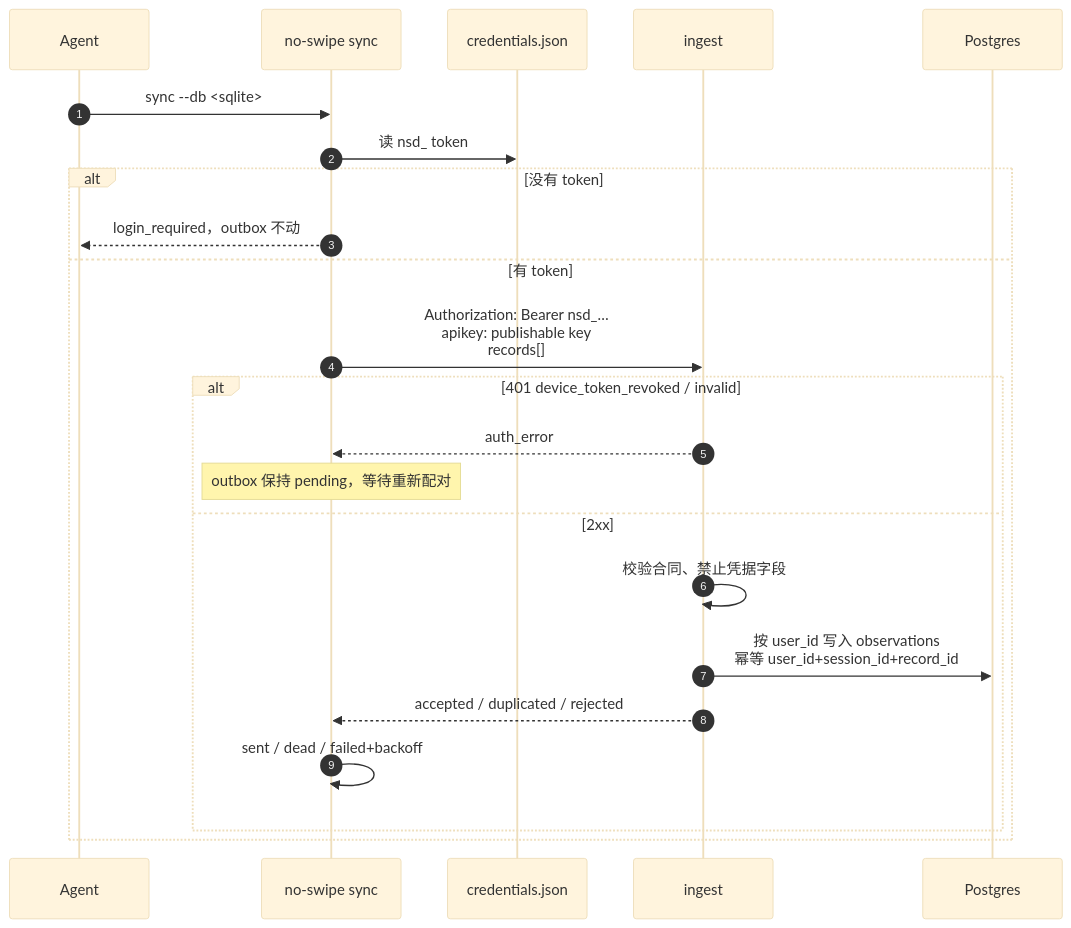
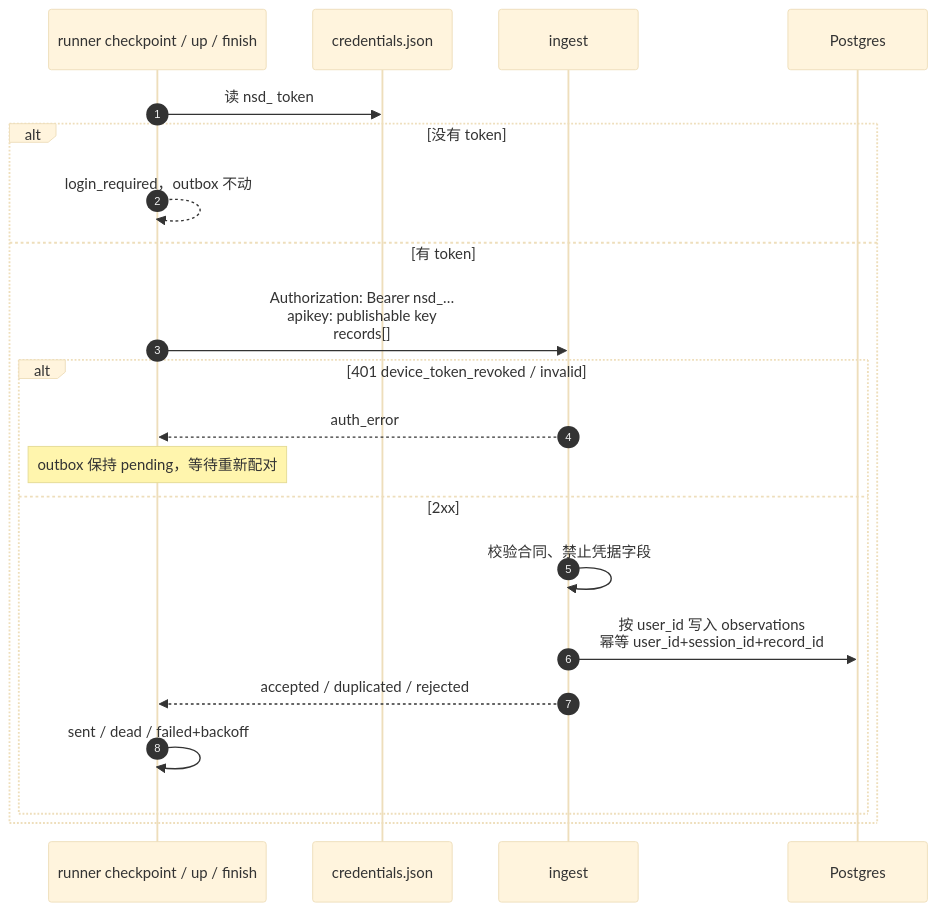
One commit to OfWind/no_swipe changed diagram 13 of 18 in docs/no-swipe-interaction-flows.md. Above: the diagram before and after it, drawn with Mermaid (base theme). The commit also changed other lines of this file and 43 other files, not shown here.

First line of the commit message:
feat(no-swipe): restore resilient feed runner

````diff
--- a/docs/no-swipe-interaction-flows.md
+++ b/docs/no-swipe-interaction-flows.md
@@ -450,26 +469,24 @@
 ```mermaid
 sequenceDiagram
   autonumber
-  participant Agent as Agent
-  participant Sync as no-swipe sync
+  participant Sync as runner checkpoint / up / finish
   participant Cred as credentials.json
   participant Ing as ingest
   participant PG as Postgres
 
-  Agent->>Sync: sync --db <sqlite>
   Sync->>Cred: 读 nsd_ token
   alt 没有 token
-    Sync-->>Agent: login_required，outbox 不动
+    Sync-->>Sync: login_required，outbox 不动
   else 有 token
     Sync->>Ing: Authorization: Bearer nsd_…<br/>apikey: publishable key<br/>records[]
     alt 401 device_token_revoked / invalid
       Ing-->>Sync: auth_error
       Note over Sync: outbox 保持 pending，等待重新配对
     else 2xx
       Ing->>Ing: 校验合同、禁止凭据字段
       Ing->>PG: 按 user_id 写入 observations<br/>幂等 user_id+session_id+record_id
       Ing-->>Sync: accepted / duplicated / rejected
       Sync->>Sync: sent / dead / failed+backoff
     end
   end
 ```
````
